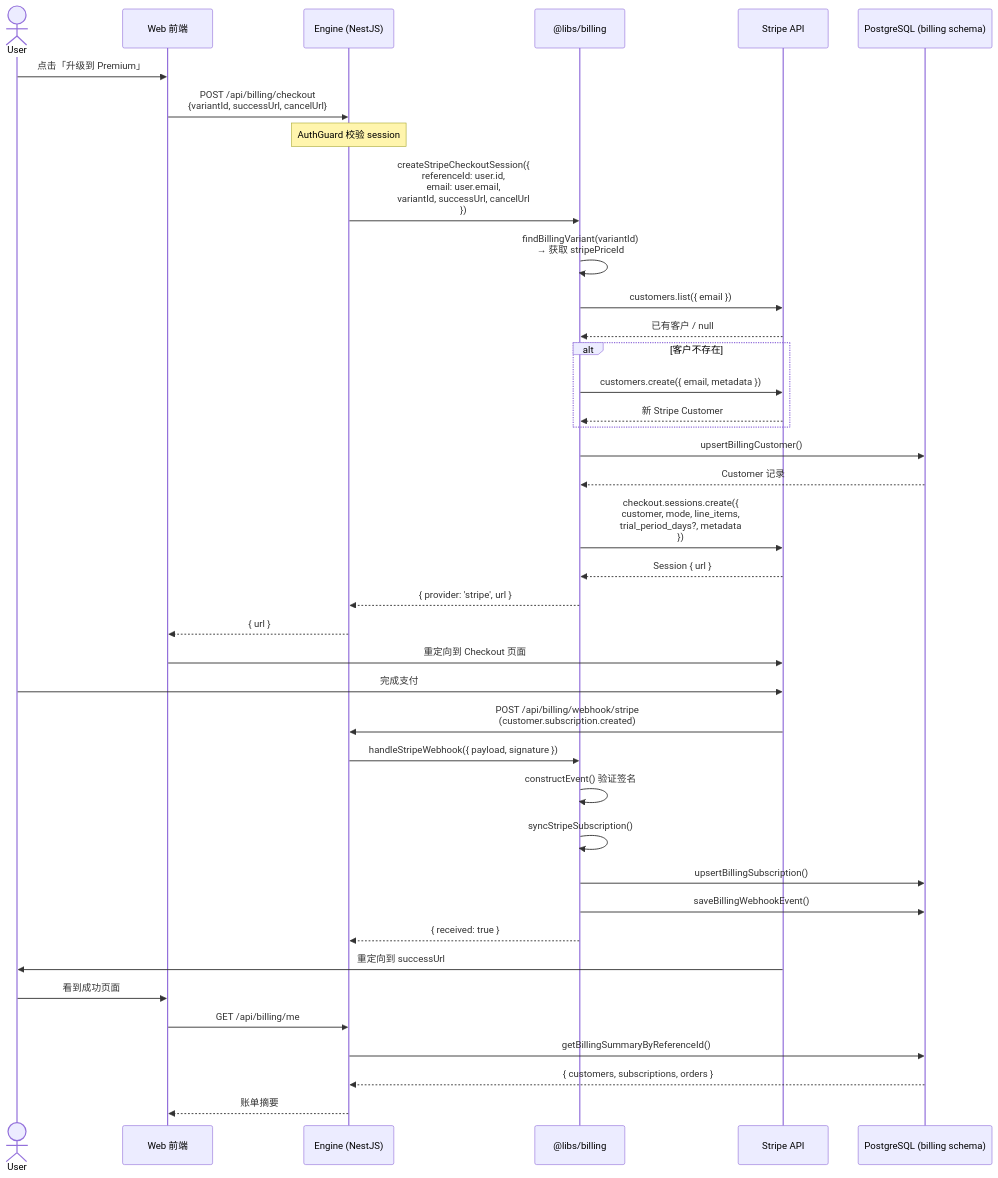
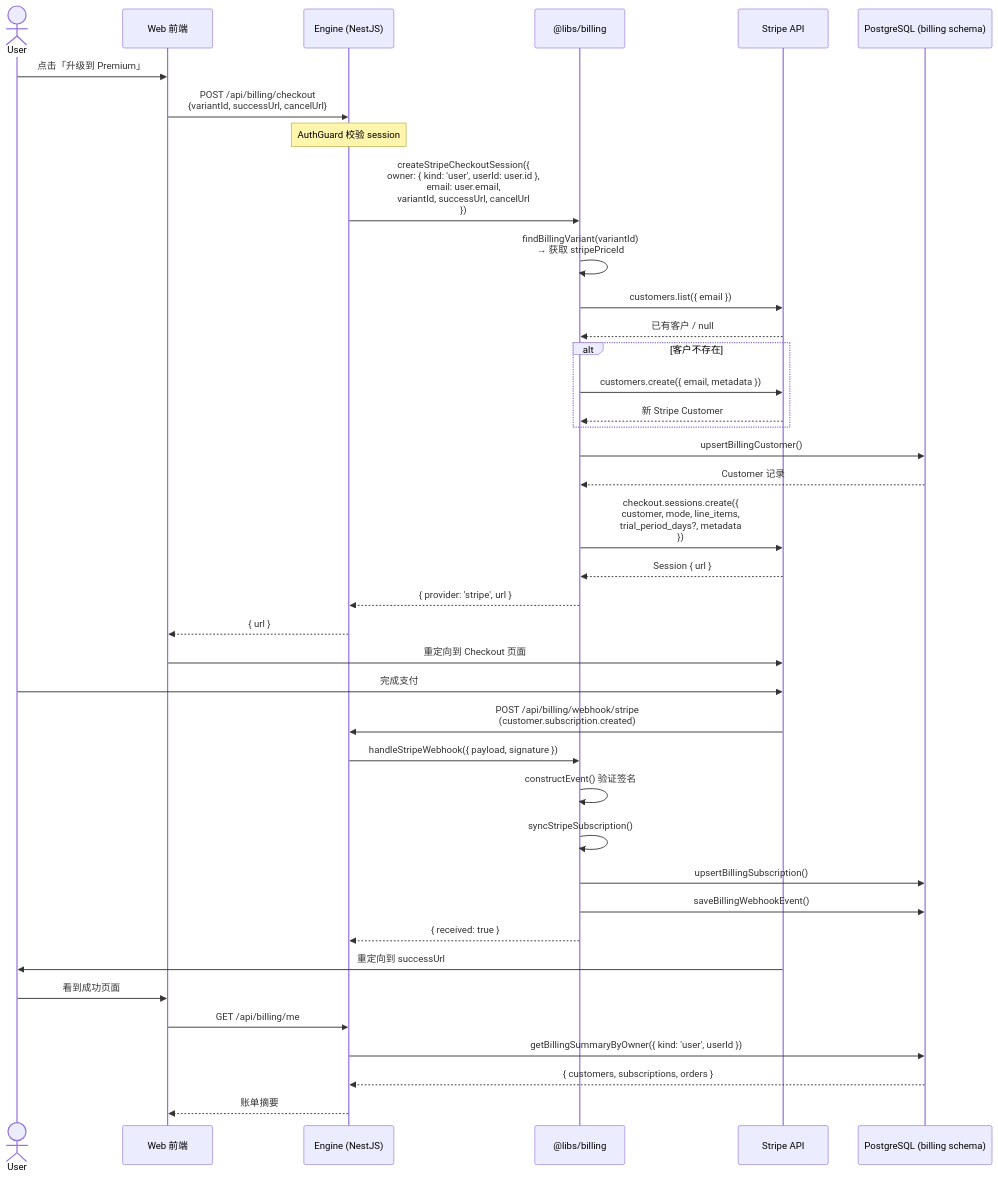
One commit to forkpath/ray changed the second of 6 diagrams in libs/billing/GUIDE.md. Above: the diagram before and after it, drawn with Mermaid. The commit also changed other lines of this file and 19 other files, not shown here.

Commit message:
feat(billing): add owner compatibility routing

````diff
--- a/libs/billing/GUIDE.md
+++ b/libs/billing/GUIDE.md
@@ -250,54 +250,54 @@
 ```mermaid
 sequenceDiagram
     actor User
     participant Web as Web 前端
     participant Engine as Engine (NestJS)
     participant Billing as @libs/billing
     participant Stripe as Stripe API
     participant DB as PostgreSQL (billing schema)
 
     User->>Web: 点击「升级到 Premium」
     Web->>Engine: POST /api/billing/checkout<br>{variantId, successUrl, cancelUrl}
 
     Note over Engine: AuthGuard 校验 session
 
-    Engine->>Billing: createStripeCheckoutSession({<br>  referenceId: user.id,<br>  email: user.email,<br>  variantId, successUrl, cancelUrl<br>})
+    Engine->>Billing: createStripeCheckoutSession({<br>  owner: { kind: 'user', userId: user.id },<br>  email: user.email,<br>  variantId, successUrl, cancelUrl<br>})
 
     Billing->>Billing: findBillingVariant(variantId)<br>→ 获取 stripePriceId
 
     Billing->>Stripe: customers.list({ email })
     Stripe-->>Billing: 已有客户 / null
 
     alt 客户不存在
         Billing->>Stripe: customers.create({ email, metadata })
         Stripe-->>Billing: 新 Stripe Customer
     end
 
     Billing->>DB: upsertBillingCustomer()
     DB-->>Billing: Customer 记录
 
     Billing->>Stripe: checkout.sessions.create({<br>  customer, mode, line_items,<br>  trial_period_days?, metadata<br>})
     Stripe-->>Billing: Session { url }
 
     Billing-->>Engine: { provider: 'stripe', url }
     Engine-->>Web: { url }
     Web->>Stripe: 重定向到 Checkout 页面
 
     User->>Stripe: 完成支付
 
     Stripe->>Engine: POST /api/billing/webhook/stripe<br>(customer.subscription.created)
 
     Engine->>Billing: handleStripeWebhook({ payload, signature })
     Billing->>Billing: constructEvent() 验证签名
     Billing->>Billing: syncStripeSubscription()
     Billing->>DB: upsertBillingSubscription()
     Billing->>DB: saveBillingWebhookEvent()
     Billing-->>Engine: { received: true }
 
     Stripe->>User: 重定向到 successUrl
     User->>Web: 看到成功页面
     Web->>Engine: GET /api/billing/me
-    Engine->>DB: getBillingSummaryByReferenceId()
+    Engine->>DB: getBillingSummaryByOwner({ kind: 'user', userId })
     DB-->>Engine: { customers, subscriptions, orders }
     Engine-->>Web: 账单摘要
 ```
````
